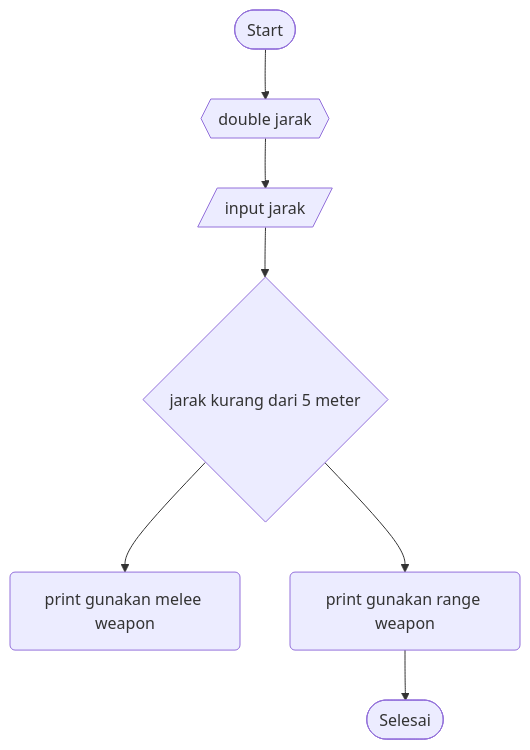
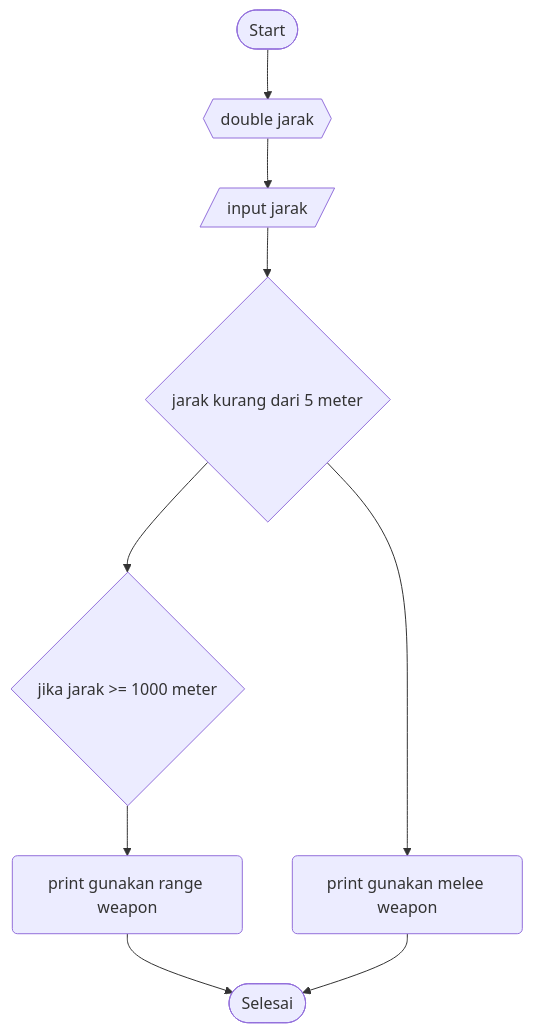
Before and after one commit to SATRIODIANNUGROHO/Sample2.1: the diagram in JustForFun.md, drawn with Mermaid.

````diff
--- a/JustForFun.md
+++ b/JustForFun.md
@@ -3,9 +3,11 @@
 ```mermaid
 graph TD;
     A([Start])-->B{{double jarak}};
     B{{double jarak}}-->C[/input jarak/];
     C[/input jarak/]-->D{jarak kurang dari 5 meter};
     D{jarak kurang dari 5 meter}-->E(print gunakan melee weapon);
-    D{jarak kurang dari 5 meter}-->F(print gunakan range weapon);
-    F(print gunakan range weapon)-->G([Selesai]);
+    D{jarak kurang dari 5 meter}-->F{jika jarak >= 1000 meter};
+    F{jika jarak >= 1000 meter}-->G(print gunakan range weapon);
+    G(print gunakan range weapon)-->H([Selesai]);
+    E(print gunakan melee weapon)-->H([Selesai]);
 ```
````
